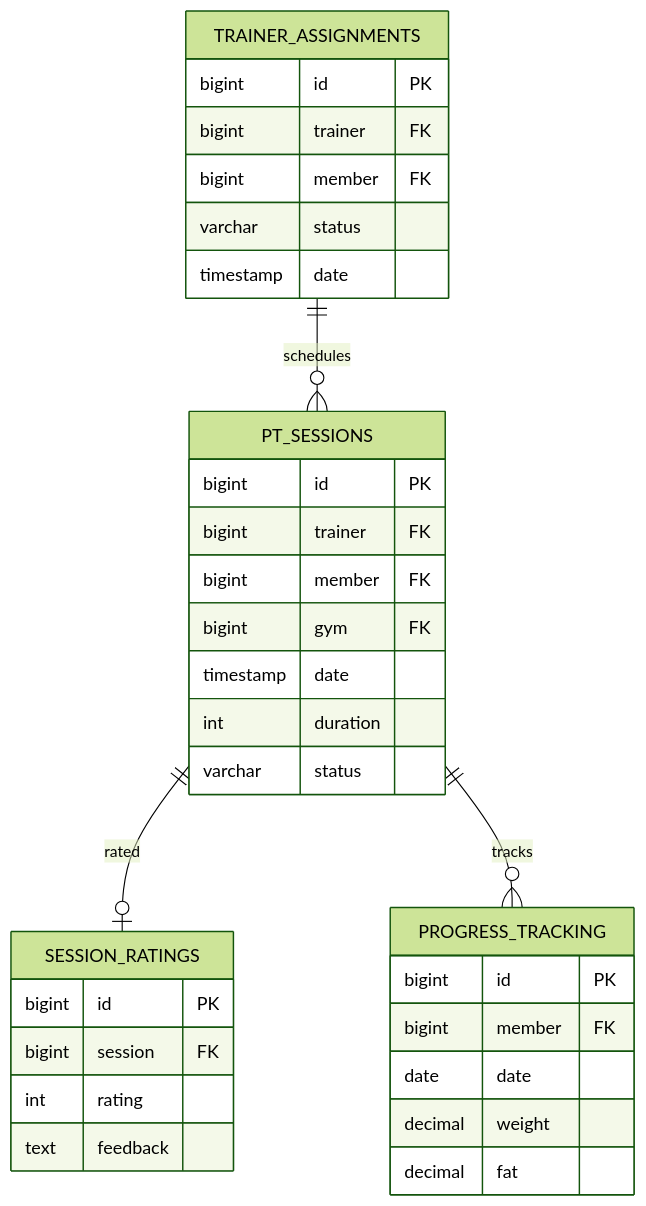
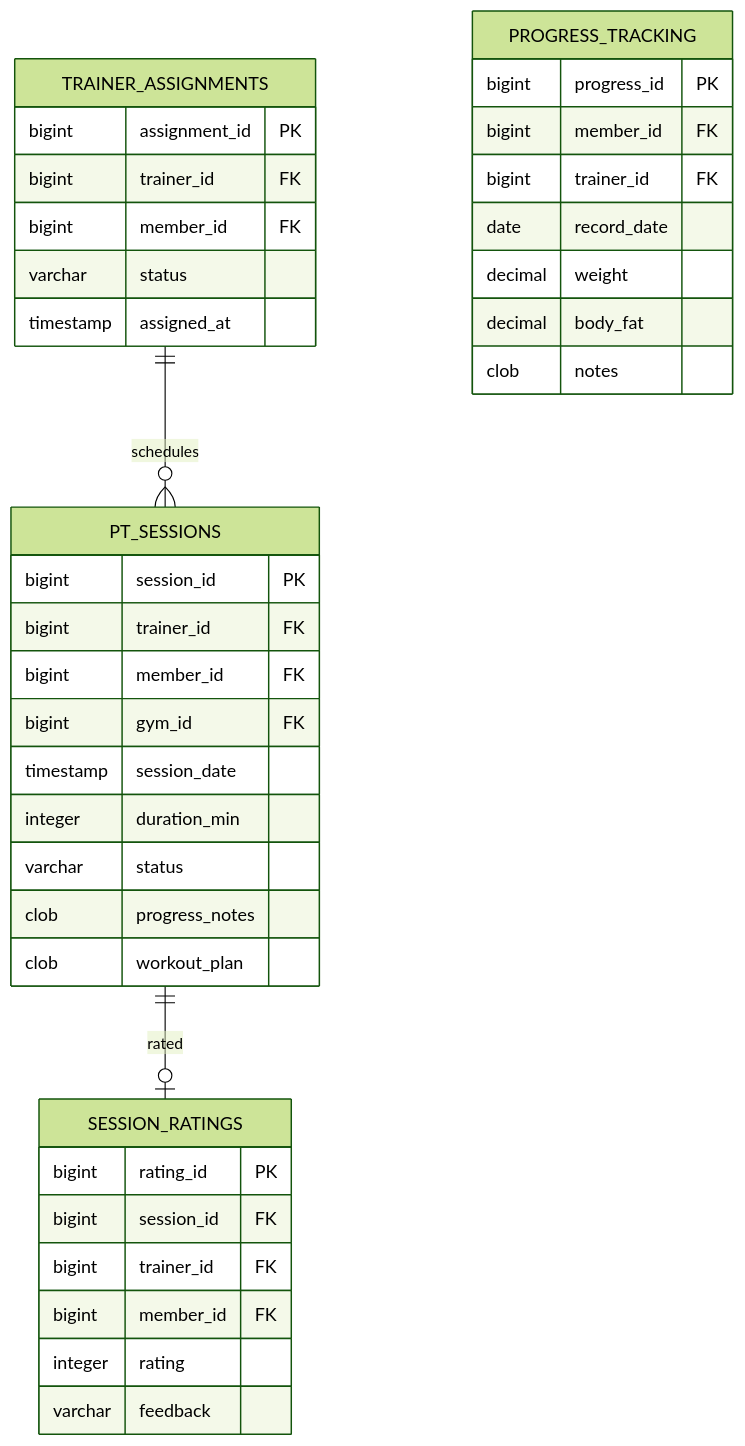
One commit to coded-with-aryan0426/gym-management-system-fullstack changed the fourth of 7 diagrams in docs/er_diagram.md. Above: the diagram before and after it, drawn with Mermaid (forest theme). The commit also changed other lines of this file and 16 other files, not shown here.

````diff
--- a/docs/er_diagram.md
+++ b/docs/er_diagram.md
@@ -139,39 +142,44 @@
 ```mermaid
 erDiagram
-    TRAINER_ASSIGNMENTS ||--o{ PT_SESSIONS : "schedules"
-    PT_SESSIONS ||--o| SESSION_RATINGS : "rated"
-    PT_SESSIONS ||--o{ PROGRESS_TRACKING : "tracks"
-
     TRAINER_ASSIGNMENTS {
-        bigint id PK
-        bigint trainer FK
-        bigint member FK
+        bigint assignment_id PK
+        bigint trainer_id FK
+        bigint member_id FK
         varchar status
-        timestamp date
+        timestamp assigned_at
     }
 
     PT_SESSIONS {
-        bigint id PK
-        bigint trainer FK
-        bigint member FK
-        bigint gym FK
-        timestamp date
-        int duration
+        bigint session_id PK
+        bigint trainer_id FK
+        bigint member_id FK
+        bigint gym_id FK
+        timestamp session_date
+        integer duration_min
         varchar status
+        clob progress_notes
+        clob workout_plan
     }
 
     SESSION_RATINGS {
-        bigint id PK
-        bigint session FK
-        int rating
-        text feedback
+        bigint rating_id PK
+        bigint session_id FK
+        bigint trainer_id FK
+        bigint member_id FK
+        integer rating
+        varchar feedback
     }
 
     PROGRESS_TRACKING {
-        bigint id PK
-        bigint member FK
-        date date
+        bigint progress_id PK
+        bigint member_id FK
+        bigint trainer_id FK
+        date record_date
         decimal weight
-        decimal fat
+        decimal body_fat
+        clob notes
     }
+
+    TRAINER_ASSIGNMENTS ||--o{ PT_SESSIONS : schedules
+    PT_SESSIONS ||--o| SESSION_RATINGS : rated
 ```
````
